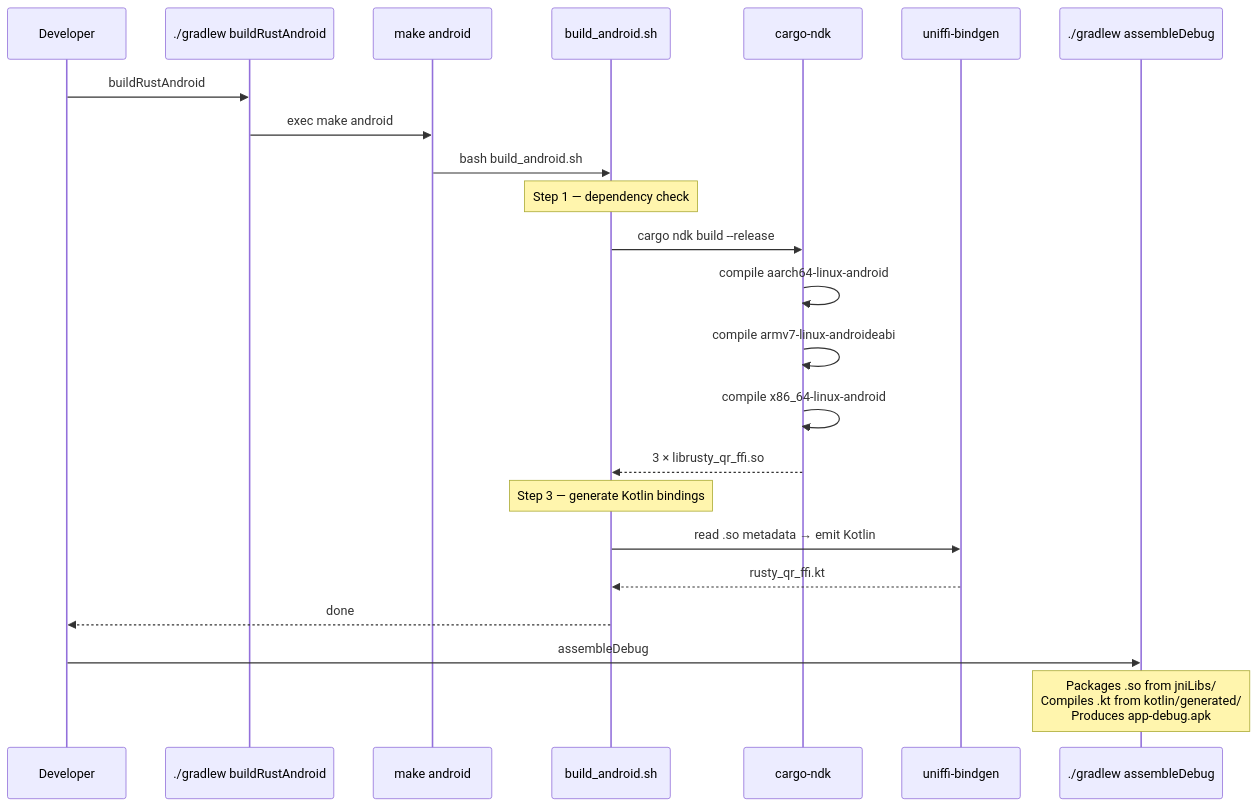
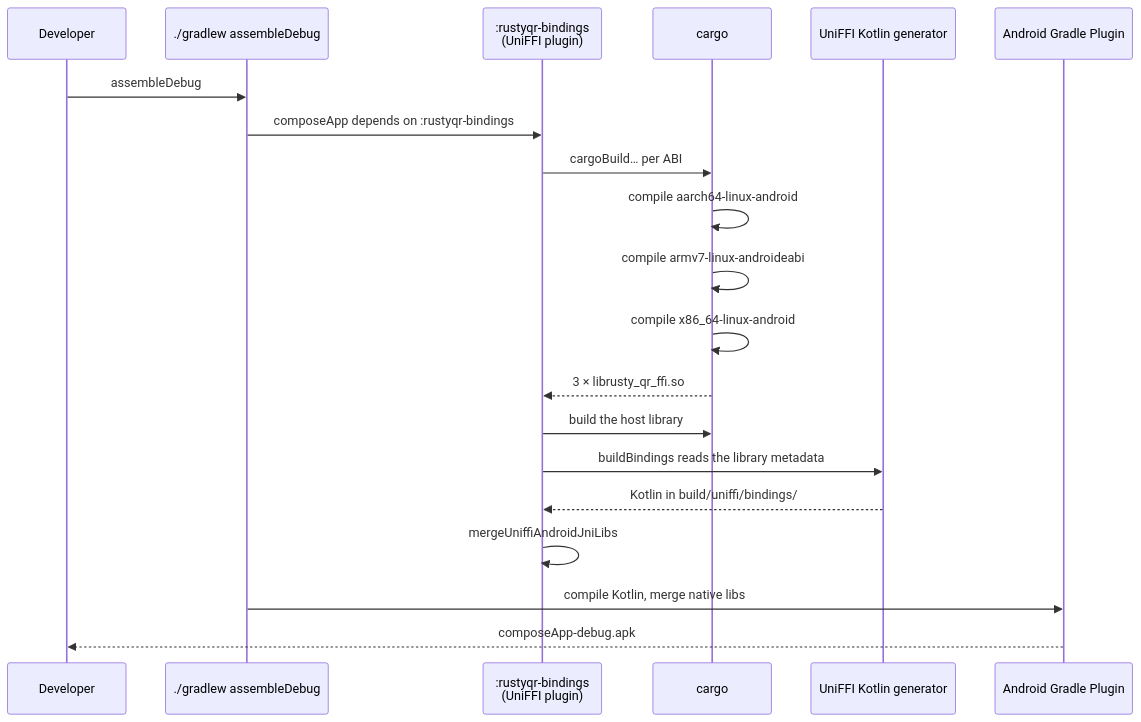
The second of 3 diagrams in composeApp/src/androidMain/README.md (prasannajeet/RustyQR), drawn with Mermaid before and after one commit. The commit also changed other lines of this file and 25 other files, not shown here.

Commit message:
build(rust): remove the old build pipeline and rewrite ci and docs (#8)

````diff
--- a/composeApp/src/androidMain/README.md
+++ b/composeApp/src/androidMain/README.md
@@ -235,31 +270,27 @@
 ```mermaid
 sequenceDiagram
     participant Dev as Developer
-    participant G as ./gradlew buildRustAndroid
-    participant M as make android
-    participant S as build_android.sh
-    participant CNDK as cargo-ndk
-    participant UB as uniffi-bindgen
-    participant GA as ./gradlew assembleDebug
+    participant G as ./gradlew assembleDebug
+    participant B as :rustyqr-bindings<br/>(UniFFI plugin)
+    participant C as cargo
+    participant UG as UniFFI Kotlin generator
+    participant AGP as Android Gradle Plugin
 
-    Dev->>G: buildRustAndroid
-    G->>M: exec make android
-    M->>S: bash build_android.sh
+    Dev->>G: assembleDebug
+    G->>B: composeApp depends on :rustyqr-bindings
 
-    Note over S: Step 1 — dependency check
-    S->>CNDK: cargo ndk build --release
+    B->>C: cargoBuild… per ABI
+    C->>C: compile aarch64-linux-android
+    C->>C: compile armv7-linux-androideabi
+    C->>C: compile x86_64-linux-android
+    C-->>B: 3 × librusty_qr_ffi.so
 
-    CNDK->>CNDK: compile aarch64-linux-android
-    CNDK->>CNDK: compile armv7-linux-androideabi
-    CNDK->>CNDK: compile x86_64-linux-android
-    CNDK-->>S: 3 × librusty_qr_ffi.so
+    B->>C: build the host library
+    B->>UG: buildBindings reads the library metadata
+    UG-->>B: Kotlin in build/uniffi/bindings/
 
-    Note over S: Step 3 — generate Kotlin bindings
-    S->>UB: read .so metadata → emit Kotlin
-    UB-->>S: rusty_qr_ffi.kt
+    B->>B: mergeUniffiAndroidJniLibs
 
-    S-->>Dev: done
-
-    Dev->>GA: assembleDebug
-    Note over GA: Packages .so from jniLibs/<br/>Compiles .kt from kotlin/generated/<br/>Produces app-debug.apk
+    G->>AGP: compile Kotlin, merge native libs
+    AGP-->>Dev: composeApp-debug.apk
 ```
````
